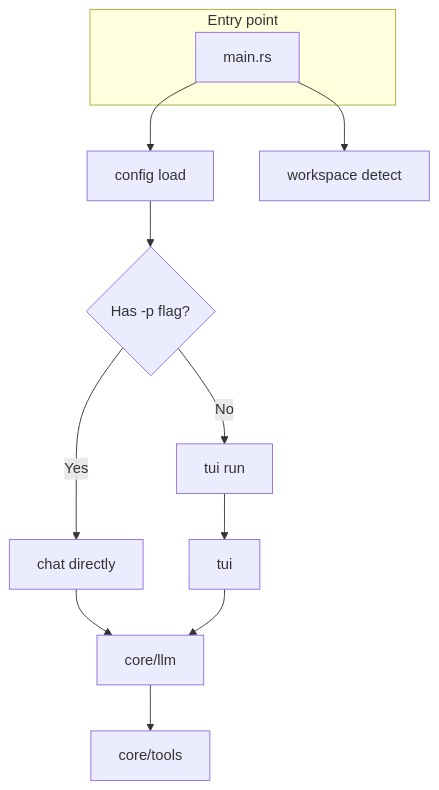
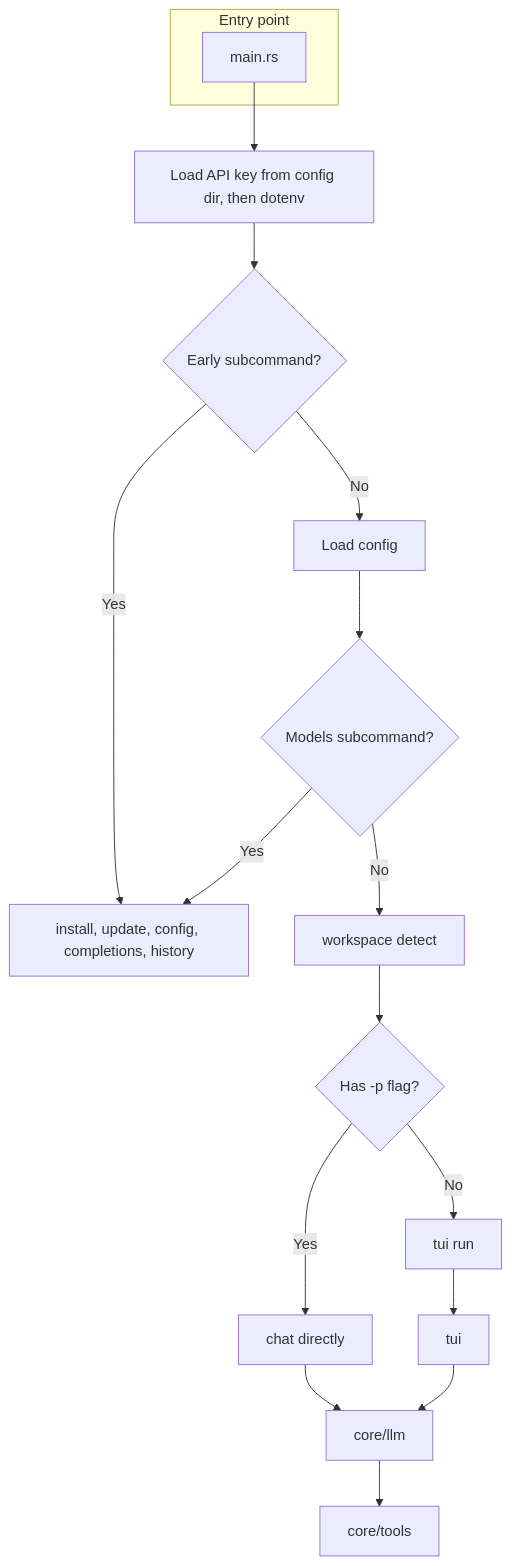
The second of 2 diagrams in docs/ARCHITECTURE.md (polymorphl/my-open-claude), drawn with Mermaid before and after one commit. The commit also changed other lines of this file and 2 other files, not shown here.

````diff
--- a/docs/ARCHITECTURE.md
+++ b/docs/ARCHITECTURE.md
@@ -25,15 +25,20 @@
 ```mermaid
 flowchart TB
     subgraph Entry [Entry point]
         Main[main.rs]
     end
-    Main --> Config[config load]
-    Main --> Workspace[workspace detect]
-    Config --> Branch{Has -p flag?}
+    Main --> ApiKey[Load API key from config dir, then dotenv]
+    ApiKey --> Early{Early subcommand?}
+    Early -->|Yes| Exit[install, update, config, completions, history]
+    Early -->|No| Config[Load config]
+    Config --> Models{Models subcommand?}
+    Models -->|Yes| Exit
+    Models -->|No| Workspace[workspace detect]
+    Workspace --> Branch{Has -p flag?}
     Branch -->|Yes| DirectChat[chat directly]
     Branch -->|No| TUIRun[tui run]
     DirectChat --> LLM[core/llm]
     TUIRun --> TUI[tui]
     TUI --> LLM
     LLM --> Tools[core/tools]
 ```
````
